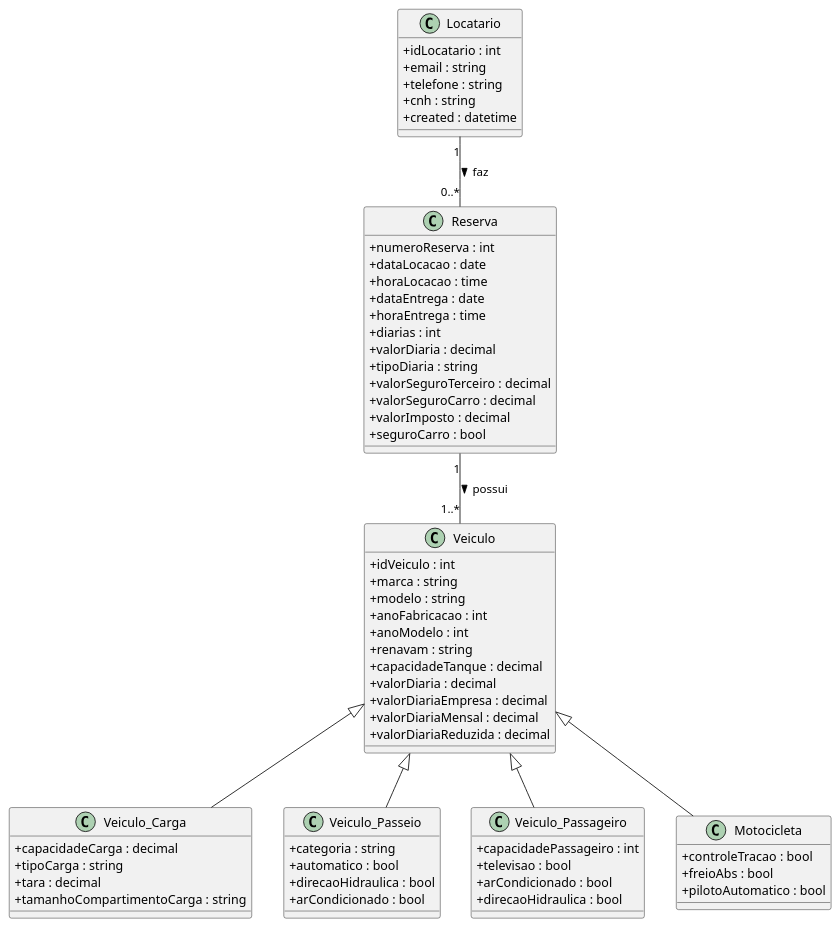
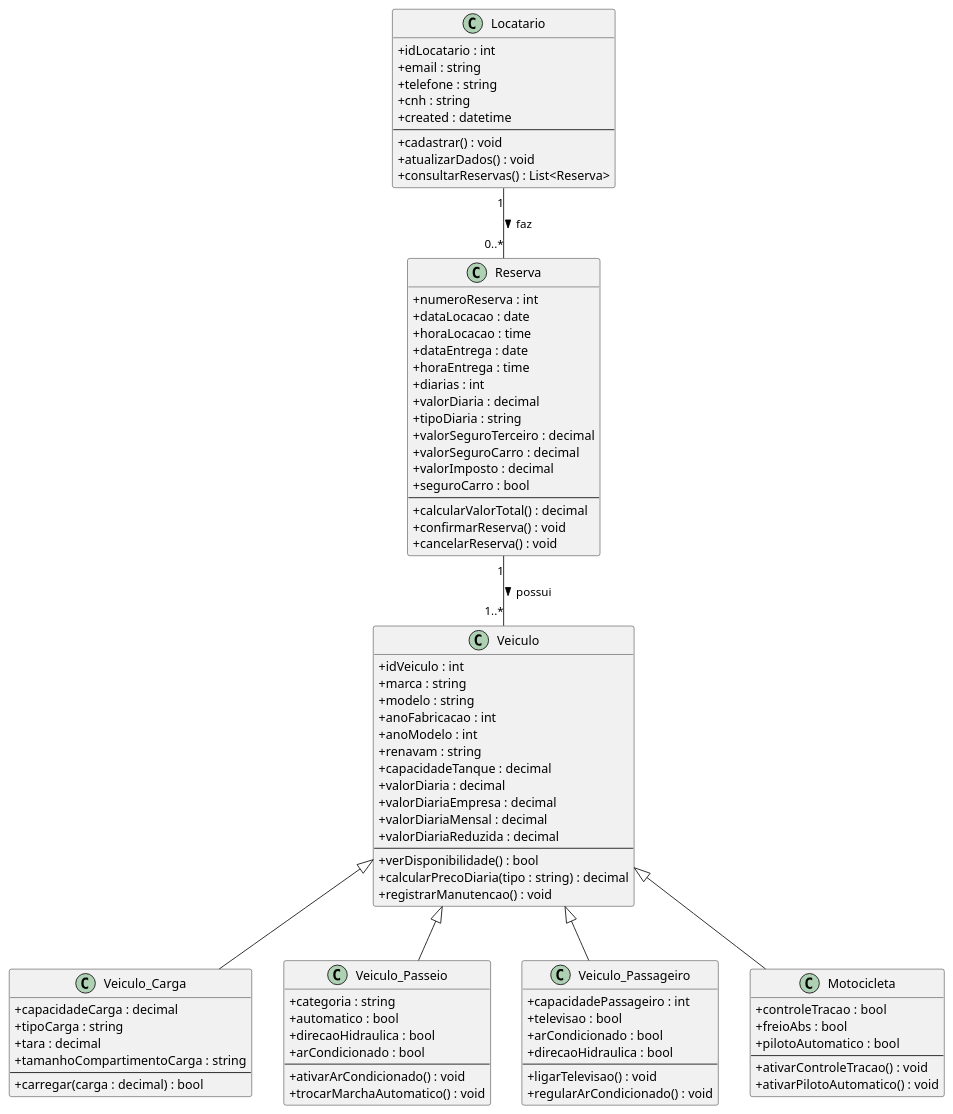
Before and after one commit to Loccar-Locadora/Loccar-Auth-API: the diagram in loccarUML.wsd, drawn with PlantUML. The commit also changed 532 other files, not shown here.

```diff
--- a/loccarUML.wsd
+++ b/loccarUML.wsd
@@ -1,87 +1,110 @@
 @startuml
 skinparam classAttributeIconSize 0
 
 ' ============================
 ' Classes principais
 ' ============================
 
 class Locatario {
   +idLocatario : int
   +email : string
   +telefone : string
   +cnh : string
   +created : datetime
+  --
+  +cadastrar() : void
+  +atualizarDados() : void
+  +consultarReservas() : List<Reserva>
 }
 
 class Reserva {
   +numeroReserva : int
   +dataLocacao : date
   +horaLocacao : time
   +dataEntrega : date
   +horaEntrega : time
   +diarias : int
   +valorDiaria : decimal
   +tipoDiaria : string
   +valorSeguroTerceiro : decimal
   +valorSeguroCarro : decimal
   +valorImposto : decimal
   +seguroCarro : bool
+  --
+  +calcularValorTotal() : decimal
+  +confirmarReserva() : void
+  +cancelarReserva() : void
 }
 
 class Veiculo {
   +idVeiculo : int
   +marca : string
   +modelo : string
   +anoFabricacao : int
   +anoModelo : int
   +renavam : string
   +capacidadeTanque : decimal
   +valorDiaria : decimal
   +valorDiariaEmpresa : decimal
   +valorDiariaMensal : decimal
   +valorDiariaReduzida : decimal
+  --
+  +verDisponibilidade() : bool
+  +calcularPrecoDiaria(tipo : string) : decimal
+  +registrarManutencao() : void
 }
 
 ' ============================
 ' Especializações de Veículo
 ' ============================
 class Veiculo_Carga {
   +capacidadeCarga : decimal
   +tipoCarga : string
   +tara : decimal
   +tamanhoCompartimentoCarga : string
+  --
+  +carregar(carga : decimal) : bool
 }
 
 class Veiculo_Passeio {
   +categoria : string
   +automatico : bool
   +direcaoHidraulica : bool
   +arCondicionado : bool
+  --
+  +ativarArCondicionado() : void
+  +trocarMarchaAutomatico() : void
 }
 
 class Veiculo_Passageiro {
   +capacidadePassageiro : int
   +televisao : bool
   +arCondicionado : bool
   +direcaoHidraulica : bool
+  --
+  +ligarTelevisao() : void
+  +regularArCondicionado() : void
 }
 
 class Motocicleta {
   +controleTracao : bool
   +freioAbs : bool
   +pilotoAutomatico : bool
+  --
+  +ativarControleTracao() : void
+  +ativarPilotoAutomatico() : void
 }
 
 ' ============================
 ' Relacionamentos
 ' ============================
 
 Locatario "1" -- "0..*" Reserva : faz >
 Reserva "1" -- "1..*" Veiculo : possui >
 
 Veiculo <|-- Veiculo_Carga
 Veiculo <|-- Veiculo_Passeio
 Veiculo <|-- Veiculo_Passageiro
 Veiculo <|-- Motocicleta
 
 @enduml
```
